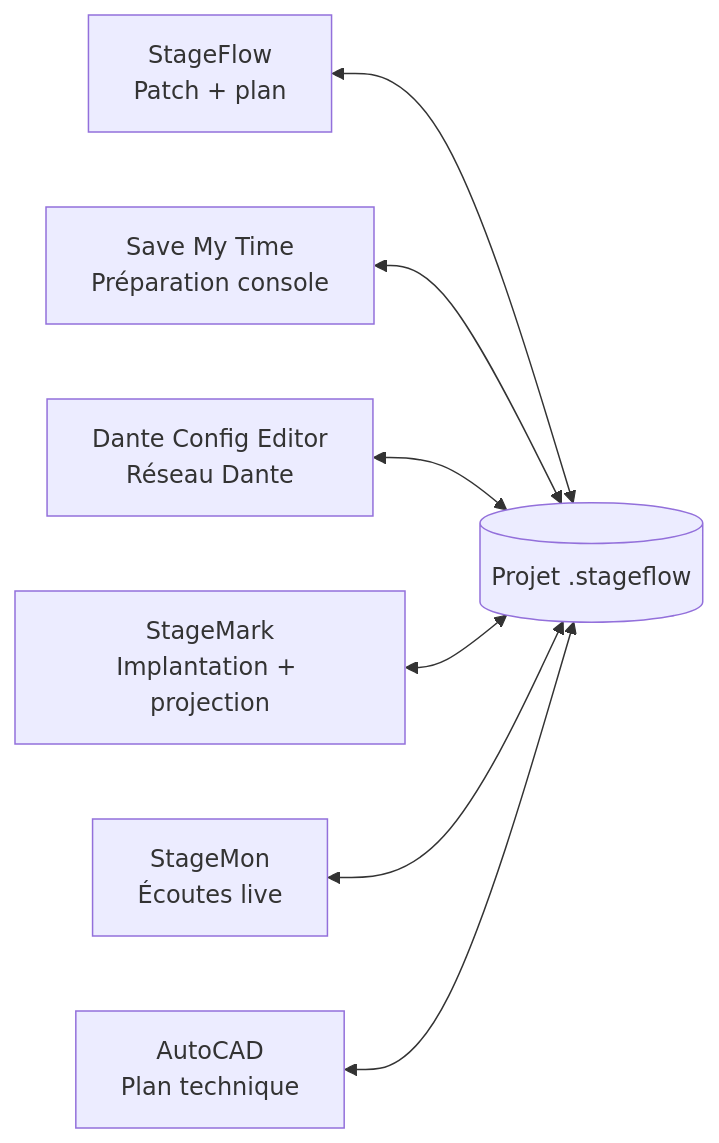
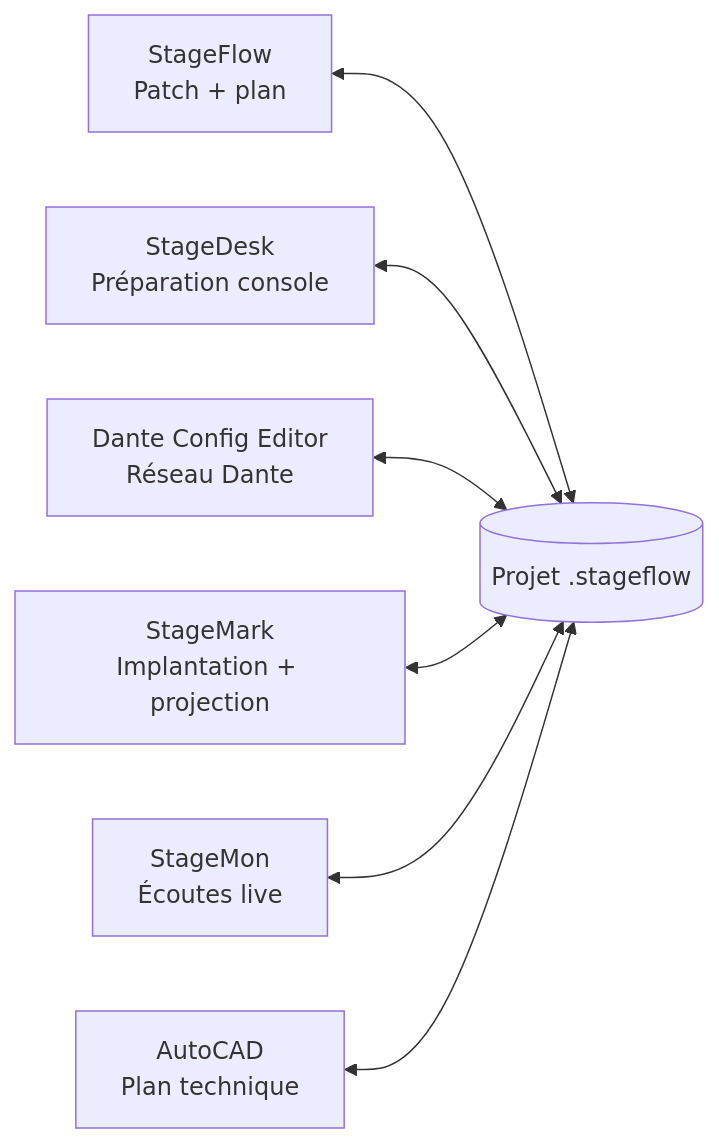
The diagram in README.md (Mamat79/SiLeMIO-StageFlow-Distribution), drawn with Mermaid before and after one commit. The commit also changed other lines of this file, not shown here.

Commit message:
docs: publish canonical StageDesk naming

````diff
--- a/README.md
+++ b/README.md
@@ -134,10 +134,10 @@
 ```mermaid
 flowchart LR
     P[(Projet .stageflow)]
     SF[StageFlow<br/>Patch + plan] <--> P
-    SMT[Save My Time<br/>Préparation console] <--> P
+    SMT[StageDesk<br/>Préparation console] <--> P
     DCE[Dante Config Editor<br/>Réseau Dante] <--> P
     SM[StageMark<br/>Implantation + projection] <--> P
     MON[StageMon<br/>Écoutes live] <--> P
     CAD[AutoCAD<br/>Plan technique] <--> P
 ```
````
